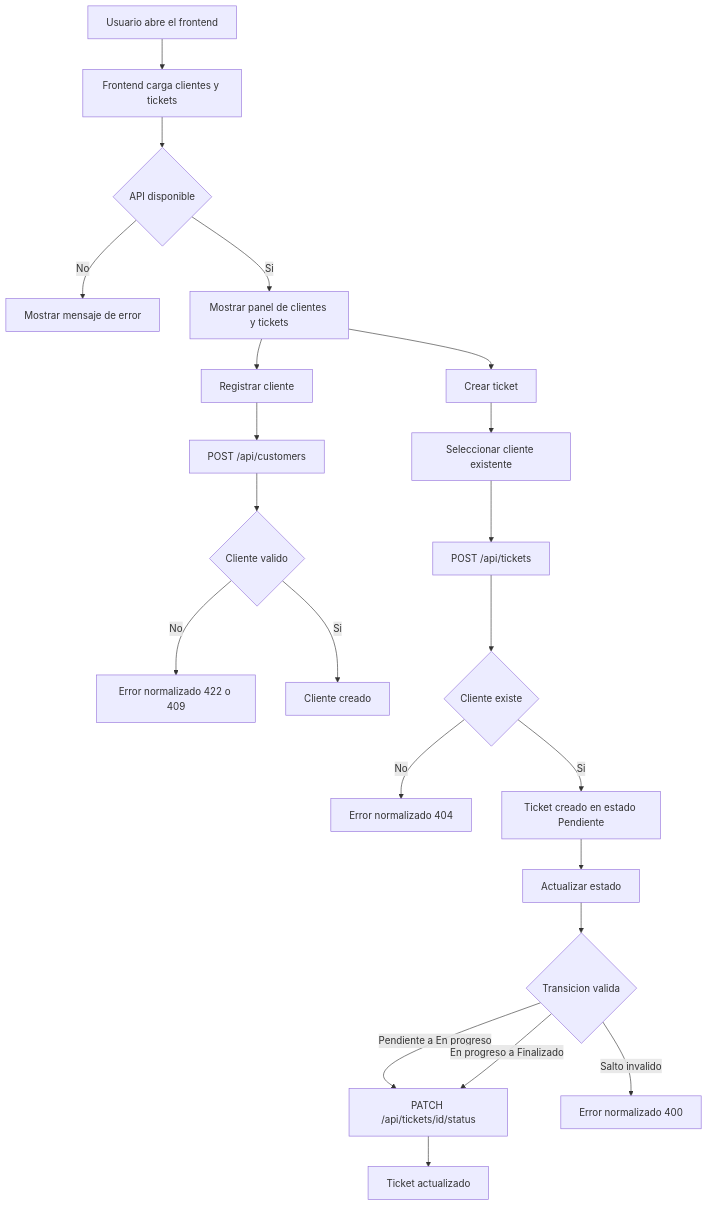
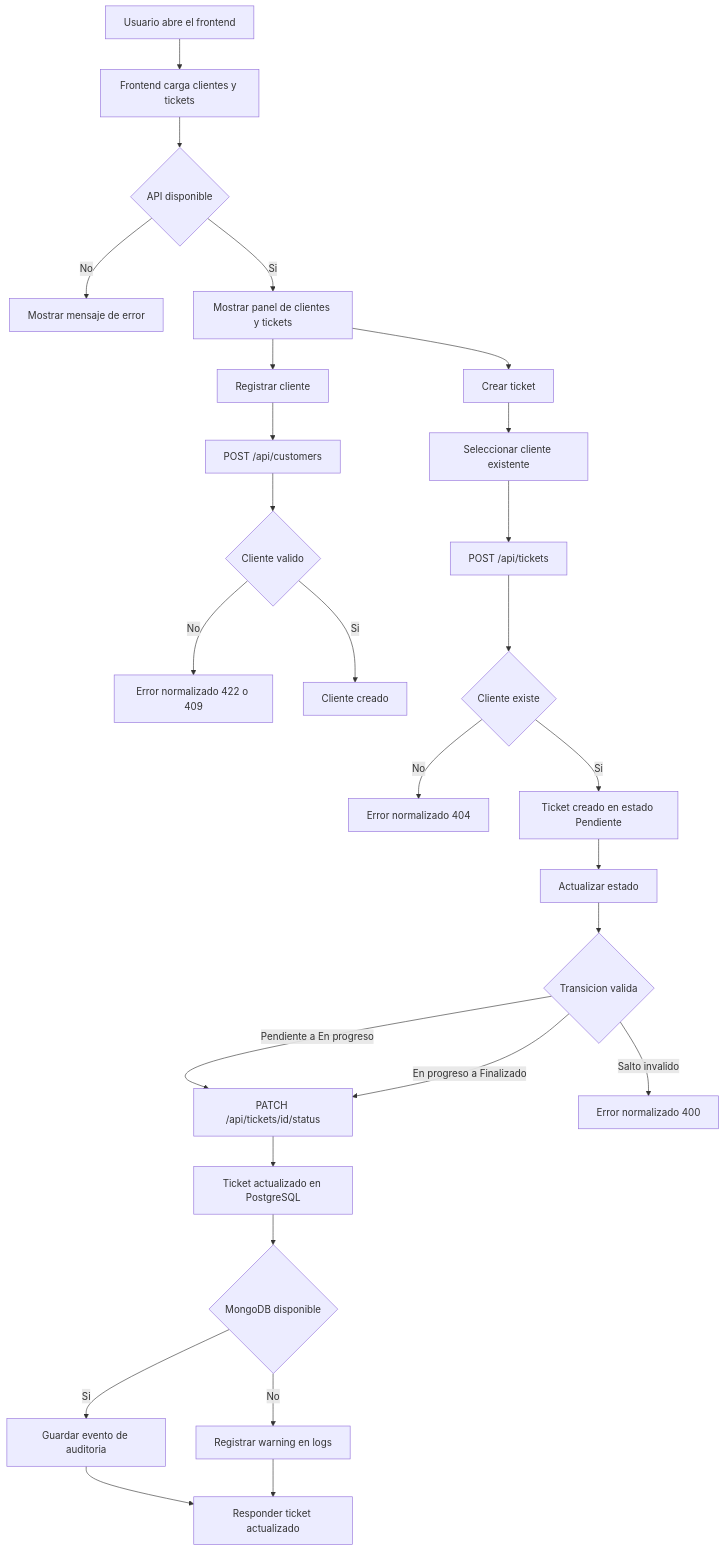
One commit to mayero2304/prueba_imagine_app changed the diagram in docs/flujo-aplicacion.md. Above: the diagram before and after it, drawn with Mermaid. The commit also changed 10 other files, not shown here.

````diff
--- a/docs/flujo-aplicacion.md
+++ b/docs/flujo-aplicacion.md
@@ -5,27 +5,32 @@
 ```mermaid
 flowchart TD
   A[Usuario abre el frontend] --> B[Frontend carga clientes y tickets]
   B --> C{API disponible}
   C -- No --> D[Mostrar mensaje de error]
   C -- Si --> E[Mostrar panel de clientes y tickets]
 
   E --> F[Registrar cliente]
   F --> G[POST /api/customers]
   G --> H{Cliente valido}
   H -- No --> I[Error normalizado 422 o 409]
   H -- Si --> J[Cliente creado]
 
   E --> K[Crear ticket]
   K --> L[Seleccionar cliente existente]
   L --> M[POST /api/tickets]
   M --> N{Cliente existe}
   N -- No --> O[Error normalizado 404]
   N -- Si --> P[Ticket creado en estado Pendiente]
 
   P --> Q[Actualizar estado]
   Q --> R{Transicion valida}
   R -- Pendiente a En progreso --> S[PATCH /api/tickets/id/status]
   R -- En progreso a Finalizado --> S
   R -- Salto invalido --> T[Error normalizado 400]
-  S --> U[Ticket actualizado]
+  S --> U[Ticket actualizado en PostgreSQL]
+  U --> V{MongoDB disponible}
+  V -- Si --> W[Guardar evento de auditoria]
+  V -- No --> X[Registrar warning en logs]
+  W --> Y[Responder ticket actualizado]
+  X --> Y
 ```
````
